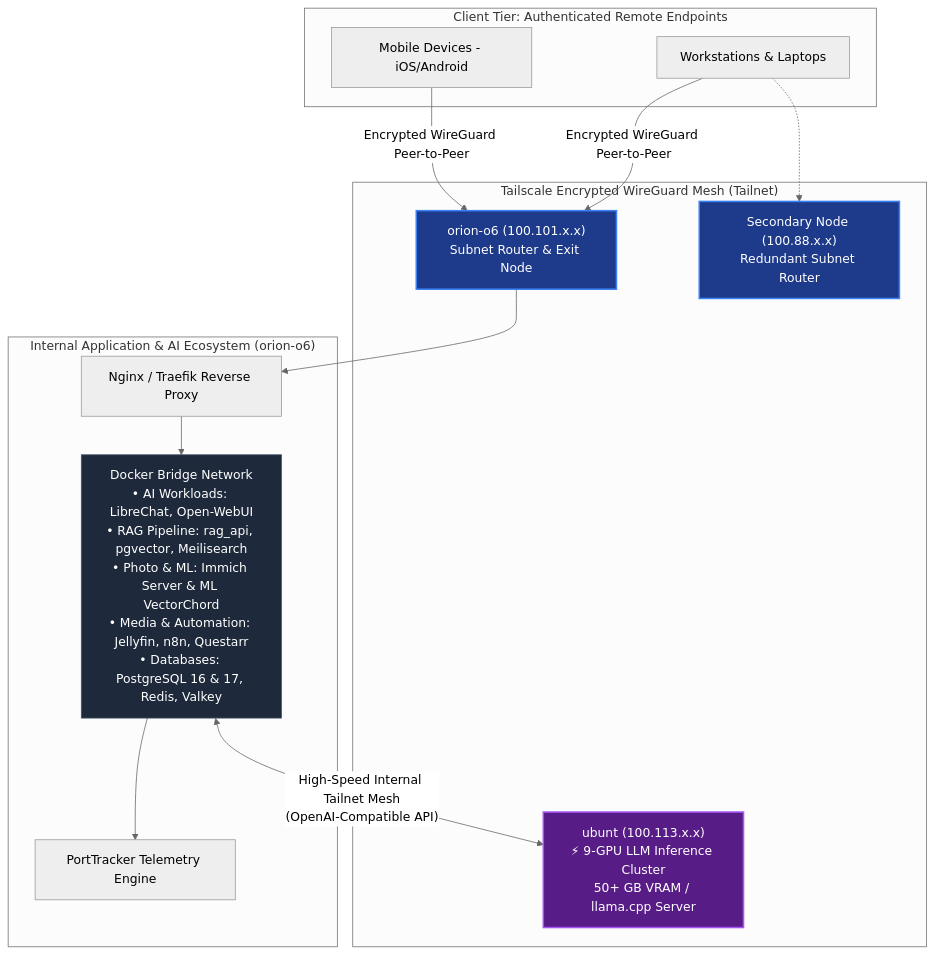
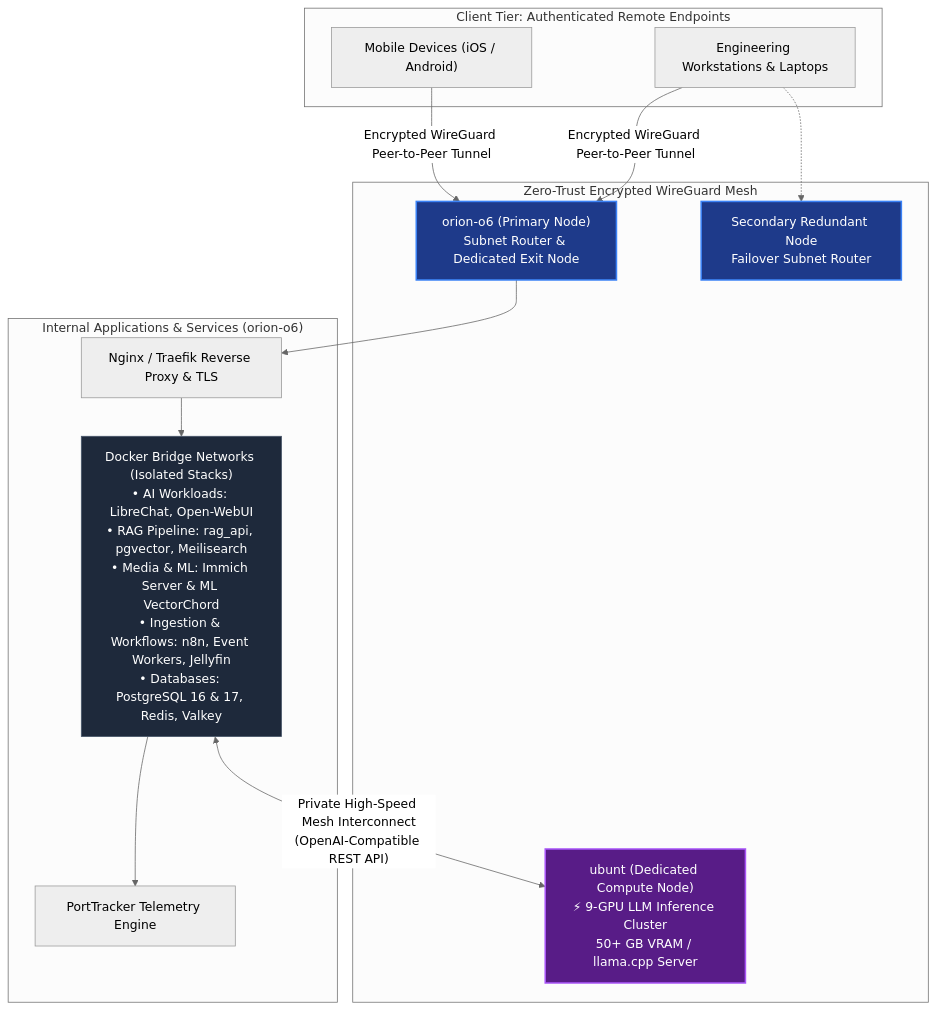
Before and after one commit to sebian-lab/sebian-lab.github.io: the diagram in content/projects/homelab/index.en.md, drawn with Mermaid (neutral theme). The commit also changed other lines of this file and 406 other files, not shown here.

```diff
--- a/content/projects/homelab/index.en.md
+++ b/content/projects/homelab/index.en.md
@@ -53,35 +80,35 @@
 {{< mermaid >}}
 graph TD
     subgraph ClientTier ["Client Tier: Authenticated Remote Endpoints"]
-        DevPC["Workstations & Laptops"]
-        Mobile["Mobile Devices - iOS/Android"]
+        DevPC["Engineering Workstations & Laptops"]
+        Mobile["Mobile Devices (iOS / Android)"]
     end
 
-    subgraph Tailnet ["Tailscale Encrypted WireGuard Mesh (Tailnet)"]
-        Router1["orion-o6 (100.101.x.x)<br>Subnet Router & Exit Node"]
-        Router2["Secondary Node (100.88.x.x)<br>Redundant Subnet Router"]
-        GPUCluster["ubunt (100.113.x.x)<br>⚡ 9-GPU LLM Inference Cluster<br>50+ GB VRAM / llama.cpp Server"]
+    subgraph Tailnet ["Zero-Trust Encrypted WireGuard Mesh"]
+        Router1["orion-o6 (Primary Node)<br>Subnet Router & Dedicated Exit Node"]
+        Router2["Secondary Redundant Node<br>Failover Subnet Router"]
+        GPUCluster["ubunt (Dedicated Compute Node)<br>⚡ 9-GPU LLM Inference Cluster<br>50+ GB VRAM / llama.cpp Server"]
     end
 
-    subgraph InternalApps ["Internal Application & AI Ecosystem (orion-o6)"]
-        NginxProxy["Nginx / Traefik Reverse Proxy"]
-        Containers["Docker Bridge Network<br>• AI Workloads: LibreChat, Open-WebUI<br>• RAG Pipeline: rag_api, pgvector, Meilisearch<br>• Photo & ML: Immich Server & ML VectorChord<br>• Media & Automation: Jellyfin, n8n, Questarr<br>• Databases: PostgreSQL 16 & 17, Redis, Valkey"]
+    subgraph InternalApps ["Internal Applications & Services (orion-o6)"]
+        NginxProxy["Nginx / Traefik Reverse Proxy & TLS"]
+        Containers["Docker Bridge Networks (Isolated Stacks)<br>• AI Workloads: LibreChat, Open-WebUI<br>• RAG Pipeline: rag_api, pgvector, Meilisearch<br>• Media & ML: Immich Server & ML VectorChord<br>• Ingestion & Workflows: n8n, Event Workers, Jellyfin<br>• Databases: PostgreSQL 16 & 17, Redis, Valkey"]
         Monitoring["PortTracker Telemetry Engine"]
     end
 
-    DevPC -->|"Encrypted WireGuard Peer-to-Peer"| Router1
-    Mobile -->|"Encrypted WireGuard Peer-to-Peer"| Router1
+    DevPC -->|"Encrypted WireGuard Peer-to-Peer Tunnel"| Router1
+    Mobile -->|"Encrypted WireGuard Peer-to-Peer Tunnel"| Router1
     DevPC -.-> Router2
 
     Router1 --> NginxProxy
     NginxProxy --> Containers
     Containers --> Monitoring
 
-    %% Interconnection between orion-o6 AI frontends and 9-GPU cluster
-    Containers <-->|"High-Speed Internal Tailnet Mesh<br>(OpenAI-Compatible API)"| GPUCluster
+    %% Private communication between AI frontends and 9-GPU cluster
+    Containers <-->|"Private High-Speed Mesh Interconnect<br>(OpenAI-Compatible REST API)"| GPUCluster
 
     style Router1 fill:#1e3a8a,stroke:#3b82f6,stroke-width:2px,color:#fff
     style Router2 fill:#1e3a8a,stroke:#3b82f6,stroke-width:2px,color:#fff
     style GPUCluster fill:#581c87,stroke:#a855f7,stroke-width:2px,color:#fff
     style Containers fill:#1e293b,stroke:#475569,color:#fff
 {{< /mermaid >}}
```
